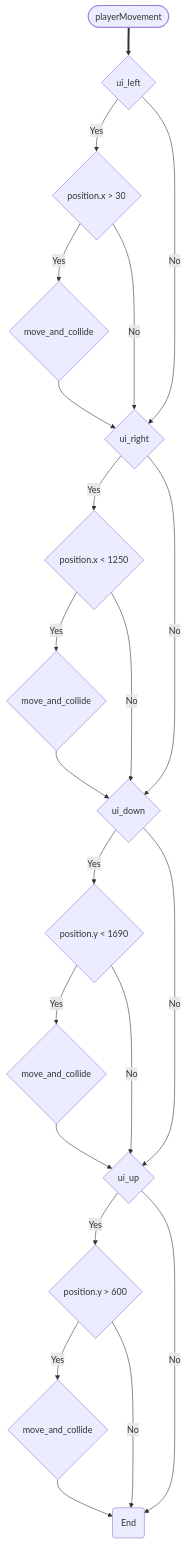
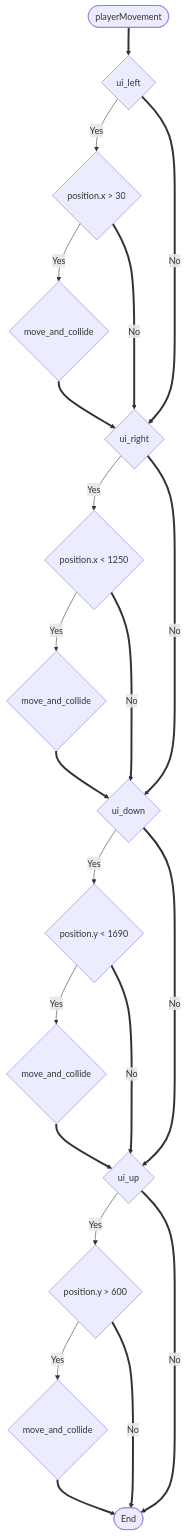
One commit to Glovania/Space-Invading changed the first of 7 diagrams in Logic.md. Above: the diagram before and after it, drawn with Mermaid. The commit also changed other lines of this file and 2 other files, not shown here.

````diff
--- a/Logic.md
+++ b/Logic.md
@@ -5,65 +5,65 @@
 ```mermaid
 flowchart TD
 %% Comment
     Start([playerMovement])
-    End(End)
+    End([End])
 
     xPosition_1{position.x > 30}
     xPosition_2{position.x < 1250}
 
     yPosition_1{position.y < 1690}
     yPosition_2{position.y > 600}
 
     movePlayer_1{move_and_collide}
     movePlayer_2{move_and_collide}
     movePlayer_3{move_and_collide}
     movePlayer_4{move_and_collide}
 
     GetLeftUI{ui_left}
     GetRightUI{ui_right}
     GetUpUI{ui_up}
     GetDownUI{ui_down}
 
 
 
     Start ==> GetLeftUI
 
 
     GetLeftUI -->|Yes| xPosition_1
     xPosition_1 -->|Yes| movePlayer_1
 
 
-        movePlayer_1 --> GetRightUI
-        GetLeftUI --> |No| GetRightUI
-        xPosition_1 --> |No| GetRightUI
+        movePlayer_1 ==> GetRightUI
+        GetLeftUI ==> |No| GetRightUI
+        xPosition_1 ==> |No| GetRightUI
 
 
         GetRightUI --> |Yes| xPosition_2
         xPosition_2 --> |Yes| movePlayer_2
 
 
 
-            movePlayer_2 --> GetDownUI
-            GetRightUI --> |No| GetDownUI
-            xPosition_2 --> |No| GetDownUI
+            movePlayer_2 ==> GetDownUI
+            GetRightUI ==> |No| GetDownUI
+            xPosition_2 ==> |No| GetDownUI
 
 
             GetDownUI --> |Yes| yPosition_1
             yPosition_1 --> |Yes| movePlayer_3
 
 
 
-                movePlayer_3 --> GetUpUI
-                GetDownUI-->|No| GetUpUI
-                yPosition_1 --> |No| GetUpUI
+                movePlayer_3 ==> GetUpUI
+                GetDownUI ==>|No| GetUpUI
+                yPosition_1 ==> |No| GetUpUI
 
 
                 GetUpUI --> |Yes| yPosition_2
                 yPosition_2 --> |Yes| movePlayer_4
 
 
 
-                    movePlayer_4 --> End
-                    GetUpUI -->|No| End
-                    yPosition_2 --> |No| End
+                    movePlayer_4 ==> End
+                    GetUpUI ==>|No| End
+                    yPosition_2 ==> |No| End
  ```
````
